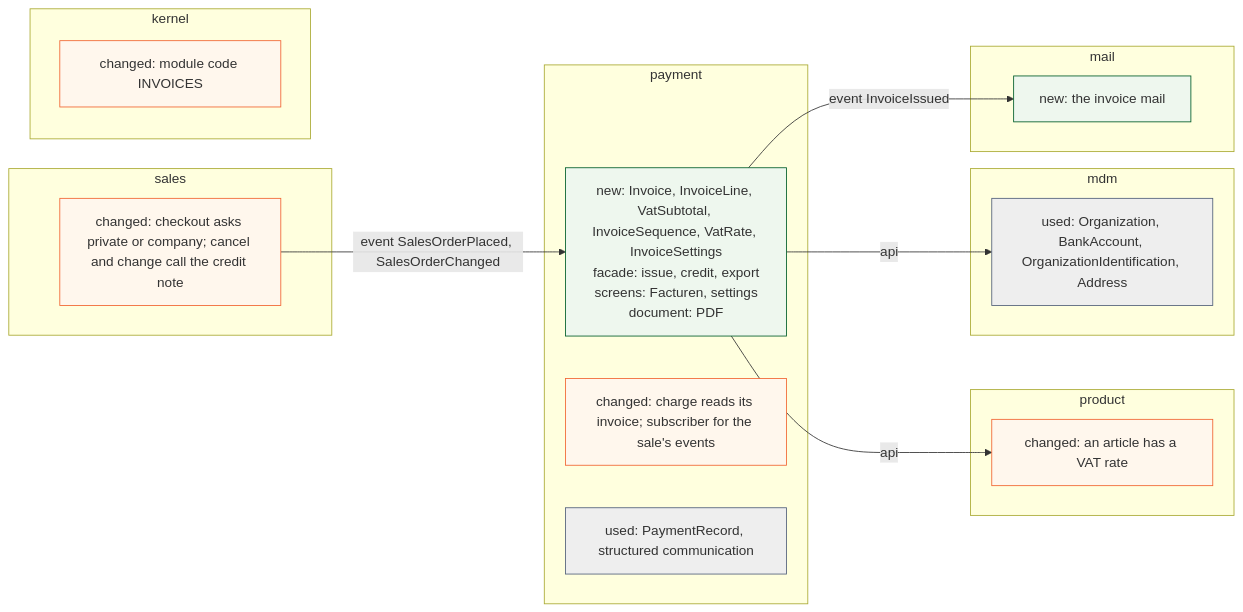
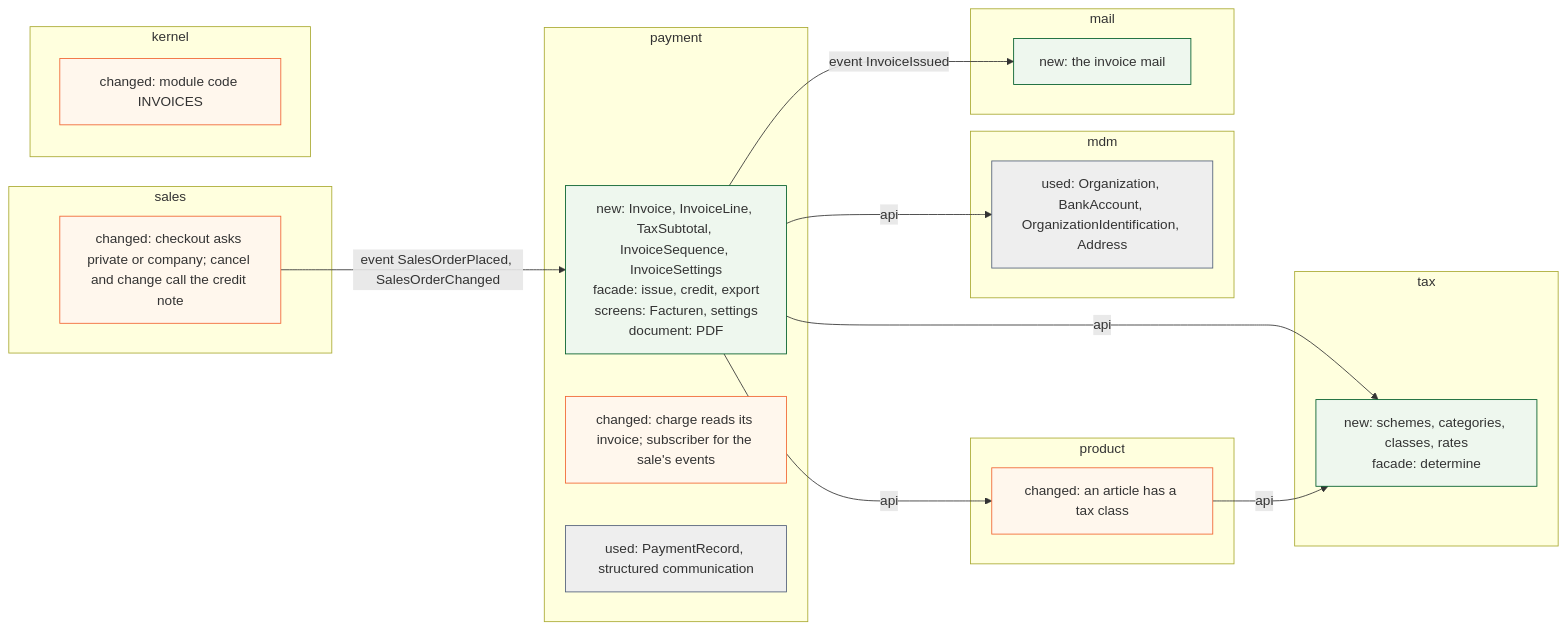
The fourth of 5 diagrams in docs/change_request_34_invoices.md (KoenRenders/KoenTest), drawn with Mermaid before and after one commit. The commit also changed other lines of this file, not shown here.

First line of the commit message:
docs(cr-34): tax is a module of its own — classes, rates and the one rule that picks the rate

````diff
--- a/docs/change_request_34_invoices.md
+++ b/docs/change_request_34_invoices.md
@@ -276,30 +277,35 @@
 ```mermaid
 flowchart LR
   subgraph PAY["payment"]
-    pn["new: Invoice, InvoiceLine, VatSubtotal, InvoiceSequence, VatRate, InvoiceSettings<br/>facade: issue, credit, export<br/>screens: Facturen, settings<br/>document: PDF"]:::new
+    pn["new: Invoice, InvoiceLine, TaxSubtotal, InvoiceSequence, InvoiceSettings<br/>facade: issue, credit, export<br/>screens: Facturen, settings<br/>document: PDF"]:::new
     pc["changed: charge reads its invoice; subscriber for the sale's events"]:::chg
     pu["used: PaymentRecord, structured communication"]:::use
   end
   subgraph SAL["sales"]
     sc["changed: checkout asks private or company; cancel and change call the credit note"]:::chg
   end
   subgraph PRO["product"]
-    prc["changed: an article has a VAT rate"]:::chg
+    prc["changed: an article has a tax class"]:::chg
+  end
+  subgraph TAX["tax"]
+    tx["new: schemes, categories, classes, rates<br/>facade: determine"]:::new
   end
   subgraph MDM["mdm"]
     mu["used: Organization, BankAccount, OrganizationIdentification, Address"]:::use
   end
   subgraph MAIL["mail"]
     mc["new: the invoice mail"]:::new
   end
   subgraph KER["kernel"]
     kc["changed: module code INVOICES"]:::chg
   end
   sc -->|event SalesOrderPlaced, SalesOrderChanged| pn
   pn -->|api| mu
   pn -->|api| prc
+  pn -->|api| tx
+  prc -->|api| tx
   pn -->|event InvoiceIssued| mc
   classDef new fill:#eef7ee,stroke:#005d29
   classDef chg fill:#fff7ed,stroke:#f16532
   classDef use fill:#eeeeee,stroke:#52607a
 ```
````
